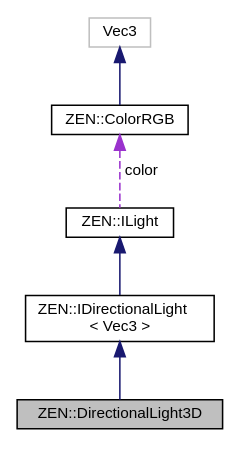
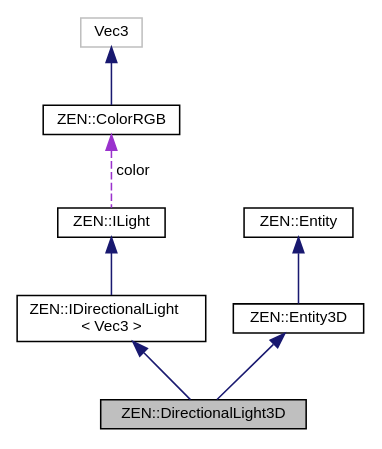
Before and after one commit to markhj/zeronetics: the diagram in classZEN_1_1DirectionalLight3D__coll__graph.dot, drawn with Graphviz. The commit also changed 163 other files, not shown here.

```diff
--- a/classZEN_1_1DirectionalLight3D__coll__graph.dot
+++ b/classZEN_1_1DirectionalLight3D__coll__graph.dot
@@ -1,15 +1,19 @@
 digraph "ZEN::DirectionalLight3D"
 {
  // LATEX_PDF_SIZE
   edge [fontname="Helvetica",fontsize="10",labelfontname="Helvetica",labelfontsize="10"];
   node [fontname="Helvetica",fontsize="10",shape=record];
   Node1 [label="ZEN::DirectionalLight3D",height=0.2,width=0.4,color="black", fillcolor="grey75", style="filled", fontcolor="black",tooltip=" "];
   Node2 -> Node1 [dir="back",color="midnightblue",fontsize="10",style="solid",fontname="Helvetica"];
   Node2 [label="ZEN::IDirectionalLight\l\< Vec3 \>",height=0.2,width=0.4,color="black", fillcolor="white", style="filled",URL="$classZEN_1_1IDirectionalLight.html",tooltip=" "];
   Node3 -> Node2 [dir="back",color="midnightblue",fontsize="10",style="solid",fontname="Helvetica"];
   Node3 [label="ZEN::ILight",height=0.2,width=0.4,color="black", fillcolor="white", style="filled",URL="$classZEN_1_1ILight.html",tooltip=" "];
   Node4 -> Node3 [dir="back",color="darkorchid3",fontsize="10",style="dashed",label=" color" ,fontname="Helvetica"];
   Node4 [label="ZEN::ColorRGB",height=0.2,width=0.4,color="black", fillcolor="white", style="filled",URL="$classZEN_1_1ColorRGB.html",tooltip=" "];
   Node5 -> Node4 [dir="back",color="midnightblue",fontsize="10",style="solid",fontname="Helvetica"];
   Node5 [label="Vec3",height=0.2,width=0.4,color="grey75", fillcolor="white", style="filled",tooltip=" "];
+  Node6 -> Node1 [dir="back",color="midnightblue",fontsize="10",style="solid",fontname="Helvetica"];
+  Node6 [label="ZEN::Entity3D",height=0.2,width=0.4,color="black", fillcolor="white", style="filled",URL="$classZEN_1_1Entity3D.html",tooltip=" "];
+  Node7 -> Node6 [dir="back",color="midnightblue",fontsize="10",style="solid",fontname="Helvetica"];
+  Node7 [label="ZEN::Entity",height=0.2,width=0.4,color="black", fillcolor="white", style="filled",URL="$classZEN_1_1Entity.html",tooltip=" "];
 }
```
